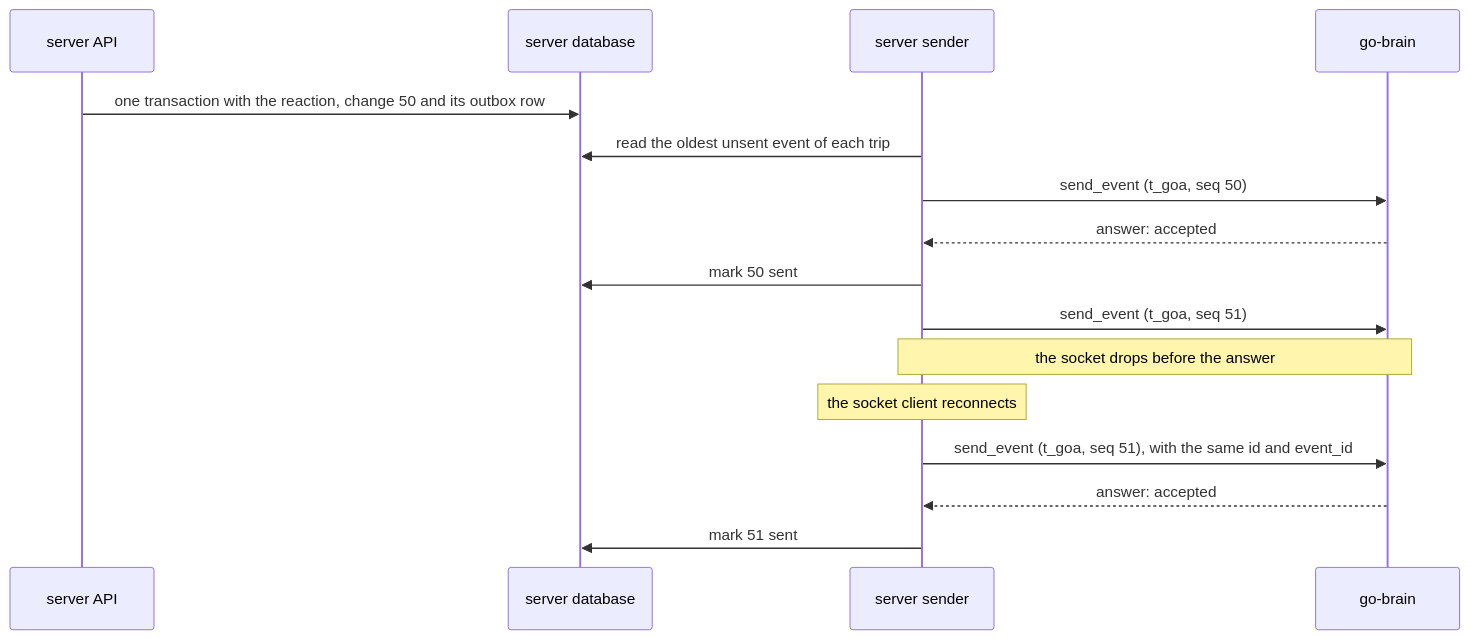
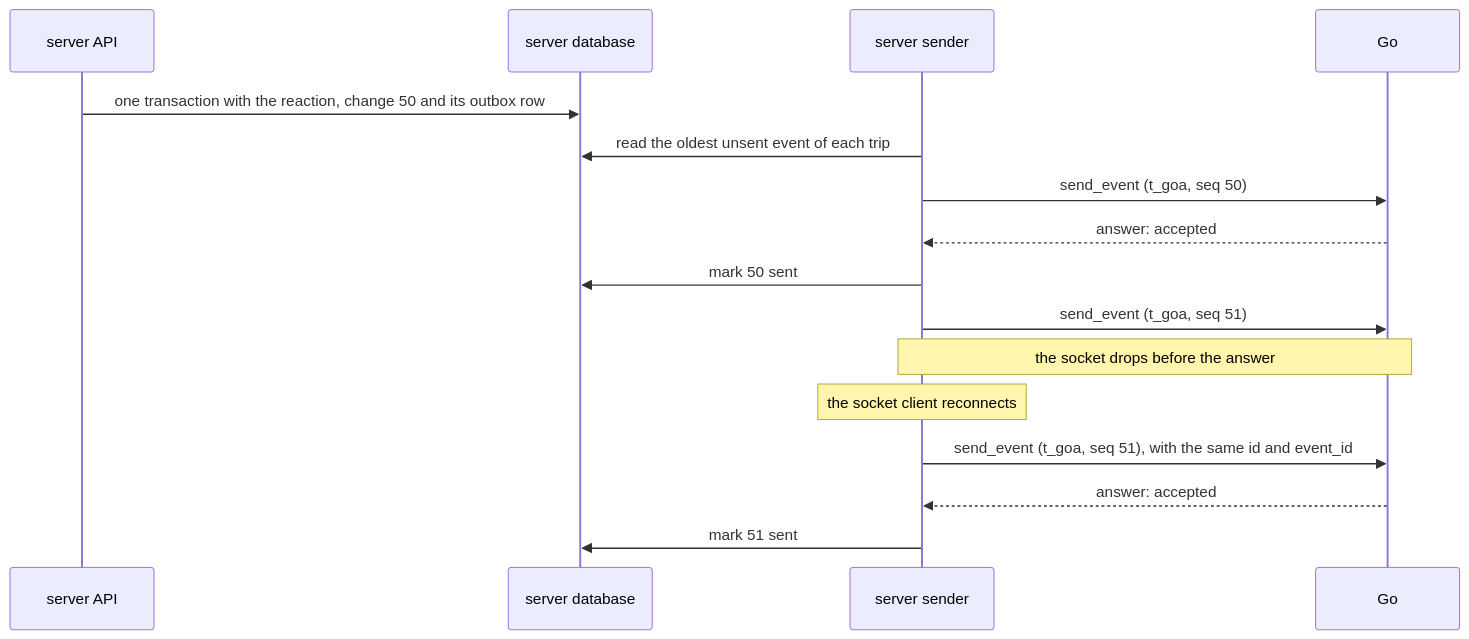
The diagram in docs/guide/03-events.md (vestra-ai/go-brain), drawn with Mermaid before and after one commit. The commit also changed other lines of this file and 37 other files, not shown here.

````diff
--- a/docs/guide/03-events.md
+++ b/docs/guide/03-events.md
@@ -118,18 +118,18 @@
 ```mermaid
 sequenceDiagram
   participant API as server API
   participant DB as server database
   participant S as server sender
-  participant B as go-brain
+  participant B as Go
   API->>DB: one transaction with the reaction, change 50 and its outbox row
   S->>DB: read the oldest unsent event of each trip
   S->>B: send_event (t_goa, seq 50)
   B-->>S: answer: accepted
   S->>DB: mark 50 sent
   S->>B: send_event (t_goa, seq 51)
   Note over S,B: the socket drops before the answer
   Note over S: the socket client reconnects
   S->>B: send_event (t_goa, seq 51), with the same id and event_id
   B-->>S: answer: accepted
   S->>DB: mark 51 sent
 ```
````
